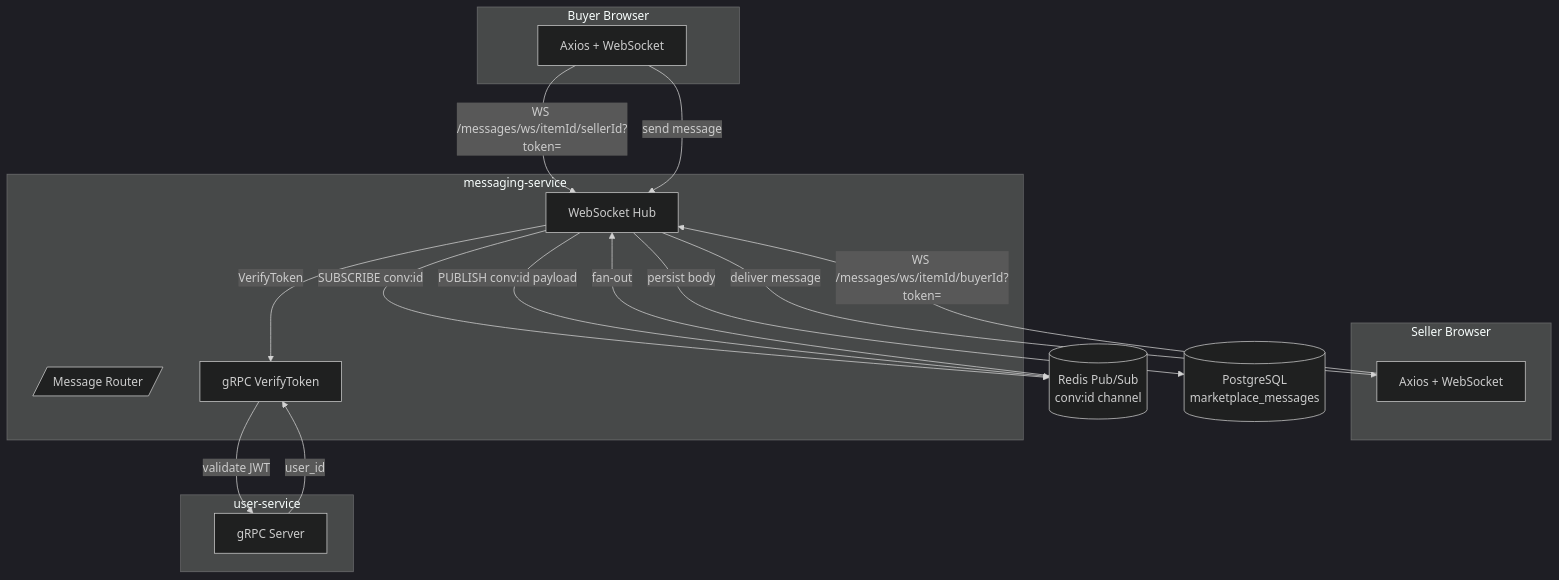
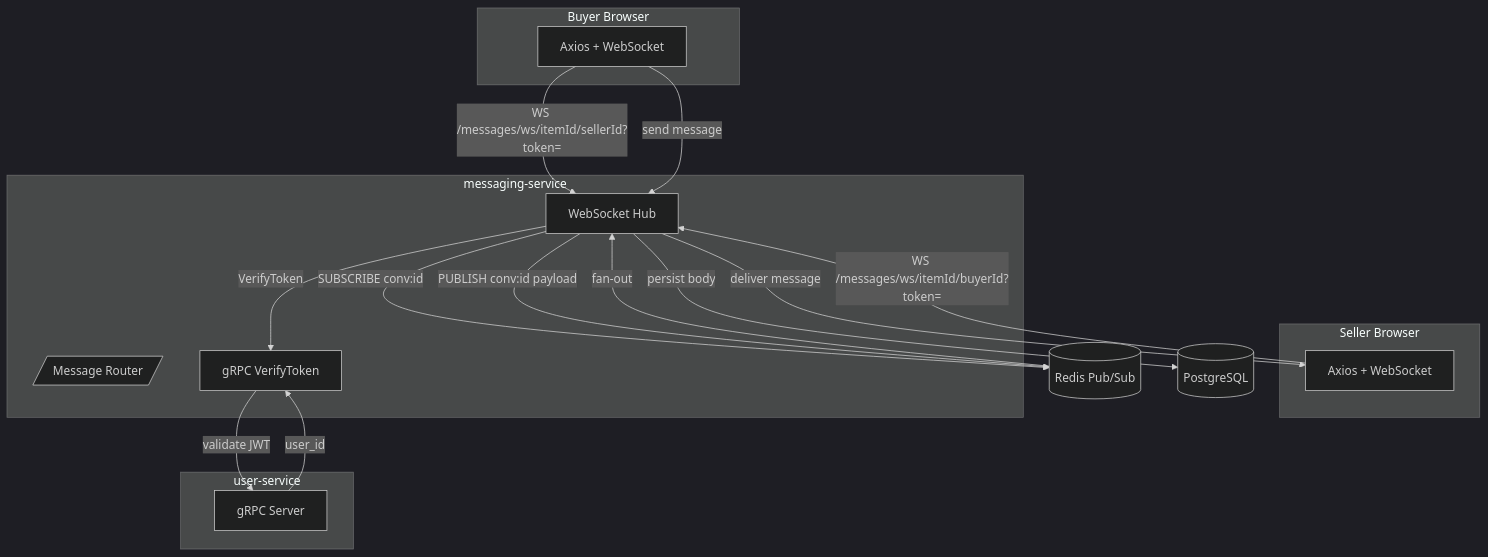
One commit to meghnanag2/electrohub-marketplace changed the third of 4 diagrams in README.md. Above: the diagram before and after it, drawn with Mermaid (dark theme). The commit also changed other lines of this file, not shown here.

````diff
--- a/README.md
+++ b/README.md
@@ -282,37 +195,37 @@
 ```mermaid
 graph TD;
     subgraph BuyerFE [Buyer Browser]
         BC[Axios + WebSocket]
     end
 
     subgraph SellerFE [Seller Browser]
         SC[Axios + WebSocket]
     end
 
     subgraph MessagingSvc [messaging-service]
         MR[/Message Router/]
         HUB[WebSocket Hub]
         GV[gRPC VerifyToken]
     end
 
     subgraph UserSvc [user-service]
         GT[gRPC Server]
     end
 
-    RD[(Redis Pub/Sub<br/>conv:id channel)]
-    PG[(PostgreSQL<br/>marketplace_messages)]
+    RD[(Redis Pub/Sub)]
+    PG[(PostgreSQL)]
 
     BC -->|WS /messages/ws/itemId/sellerId?token=| HUB
     SC -->|WS /messages/ws/itemId/buyerId?token=| HUB
     HUB -->|VerifyToken| GV
     GV -->|validate JWT| GT
     GT -->|user_id| GV
 
     HUB -->|SUBSCRIBE conv:id| RD
 
     BC -->|send message| HUB
     HUB -->|persist body| PG
     HUB -->|PUBLISH conv:id payload| RD
     RD -->|fan-out| HUB
     HUB -->|deliver message| SC
 ```
````
